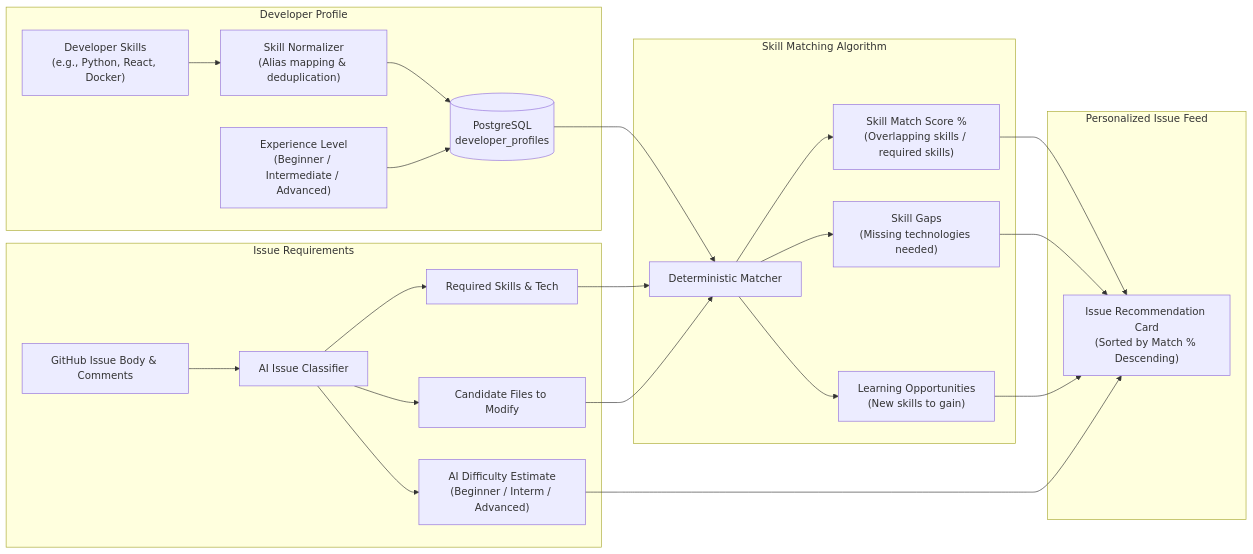
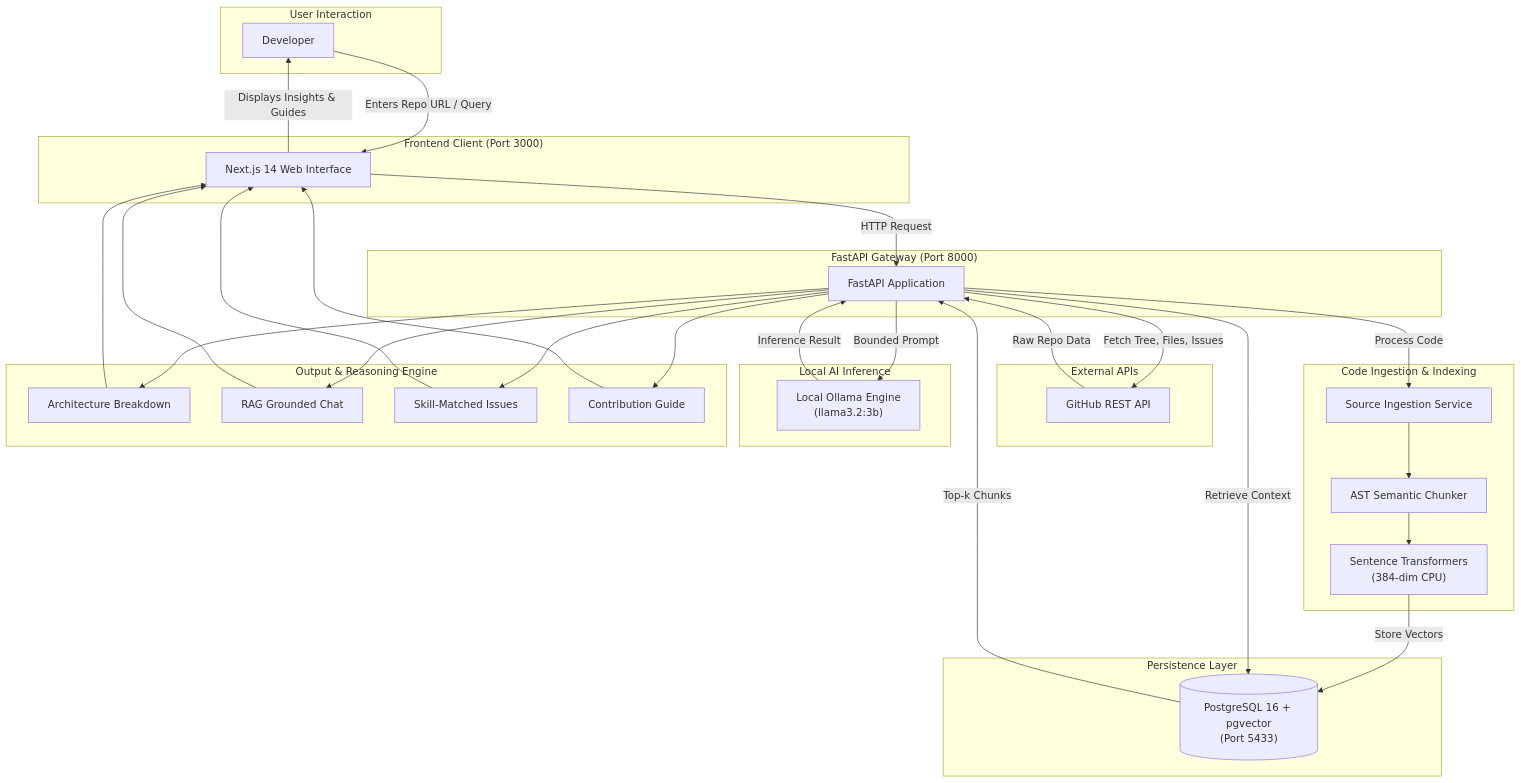
One commit to nikitaa-sharma/OpenCopilot changed the fourth of 4 diagrams in README.md. Above: the diagram before and after it, drawn with Mermaid. The commit also changed other lines of this file and 9 other files, not shown here.

````diff
--- a/README.md
+++ b/README.md
@@ -405,34 +500,67 @@
 ```mermaid
-flowchart LR
-    subgraph ProfileInput["Developer Profile"]
-        DeclaredSkills["Developer Skills\n(e.g., Python, React, Docker)"]
-        ExpLevel["Experience Level\n(Beginner / Intermediate / Advanced)"]
-        DeclaredSkills --> Normalizer["Skill Normalizer\n(Alias mapping & deduplication)"]
-        Normalizer --> StoredProfile[("PostgreSQL\ndeveloper_profiles")]
-        ExpLevel --> StoredProfile
+flowchart TD
+    subgraph UserInteraction["User Interaction"]
+        Dev["Developer"]
     end
 
-    subgraph IssueAnalysis["Issue Requirements"]
-        GitHubIssue["GitHub Issue Body & Comments"] --> IssueAnalyzer["AI Issue Classifier"]
-        IssueAnalyzer --> ReqSkills["Required Skills & Tech"]
-        IssueAnalyzer --> CandidateFiles["Candidate Files to Modify"]
-        IssueAnalyzer --> AIDifficulty["AI Difficulty Estimate\n(Beginner / Interm / Advanced)"]
+    subgraph ClientLayer["Frontend Client (Port 3000)"]
+        UI["Next.js 14 Web Interface"]
     end
 
-    subgraph MatchingAlgorithm["Skill Matching Algorithm"]
-        StoredProfile --> MatchEngine["Deterministic Matcher"]
-        ReqSkills --> MatchEngine
-        CandidateFiles --> MatchEngine
-        
-        MatchEngine --> MatchScore["Skill Match Score %\n(Overlapping skills / required skills)"]
-        MatchEngine --> SkillGaps["Skill Gaps\n(Missing technologies needed)"]
-        MatchEngine --> Opportunities["Learning Opportunities\n(New skills to gain)"]
+    subgraph APILayer["FastAPI Gateway (Port 8000)"]
+        API["FastAPI Application"]
     end
 
-    subgraph OutputView["Personalized Issue Feed"]
-        MatchScore --> RankedCard["Issue Recommendation Card\n(Sorted by Match % Descending)"]
-        SkillGaps --> RankedCard
-        Opportunities --> RankedCard
-        AIDifficulty --> RankedCard
+    subgraph ExternalServices["External APIs"]
+        GitHub["GitHub REST API"]
     end
+
+    subgraph IngestionPipeline["Code Ingestion & Indexing"]
+        Ingestion["Source Ingestion Service"]
+        Chunker["AST Semantic Chunker"]
+        Embedder["Sentence Transformers\n(384-dim CPU)"]
+    end
+
+    subgraph Storage["Persistence Layer"]
+        DB[("PostgreSQL 16 + pgvector\n(Port 5433)")]
+    end
+
+    subgraph LocalInference["Local AI Inference"]
+        Ollama["Local Ollama Engine\n(llama3.2:3b)"]
+    end
+
+    subgraph AIFeatures["Output & Reasoning Engine"]
+        ArchOut["Architecture Breakdown"]
+        ChatOut["RAG Grounded Chat"]
+        IssueOut["Skill-Matched Issues"]
+        GuideOut["Contribution Guide"]
+    end
+
+    Dev -->|"Enters Repo URL / Query"| UI
+    UI -->|"HTTP Request"| API
+    
+    API -->|"Fetch Tree, Files, Issues"| GitHub
+    GitHub -->|"Raw Repo Data"| API
+    
+    API -->|"Process Code"| Ingestion
+    Ingestion --> Chunker
+    Chunker --> Embedder
+    Embedder -->|"Store Vectors"| DB
+    
+    API -->|"Retrieve Context"| DB
+    DB -->|"Top-k Chunks"| API
+    
+    API -->|"Bounded Prompt"| Ollama
+    Ollama -->|"Inference Result"| API
+    
+    API --> ArchOut
+    API --> ChatOut
+    API --> IssueOut
+    API --> GuideOut
+    
+    ArchOut --> UI
+    ChatOut --> UI
+    IssueOut --> UI
+    GuideOut --> UI
+    UI -->|"Displays Insights & Guides"| Dev
 ```
````
